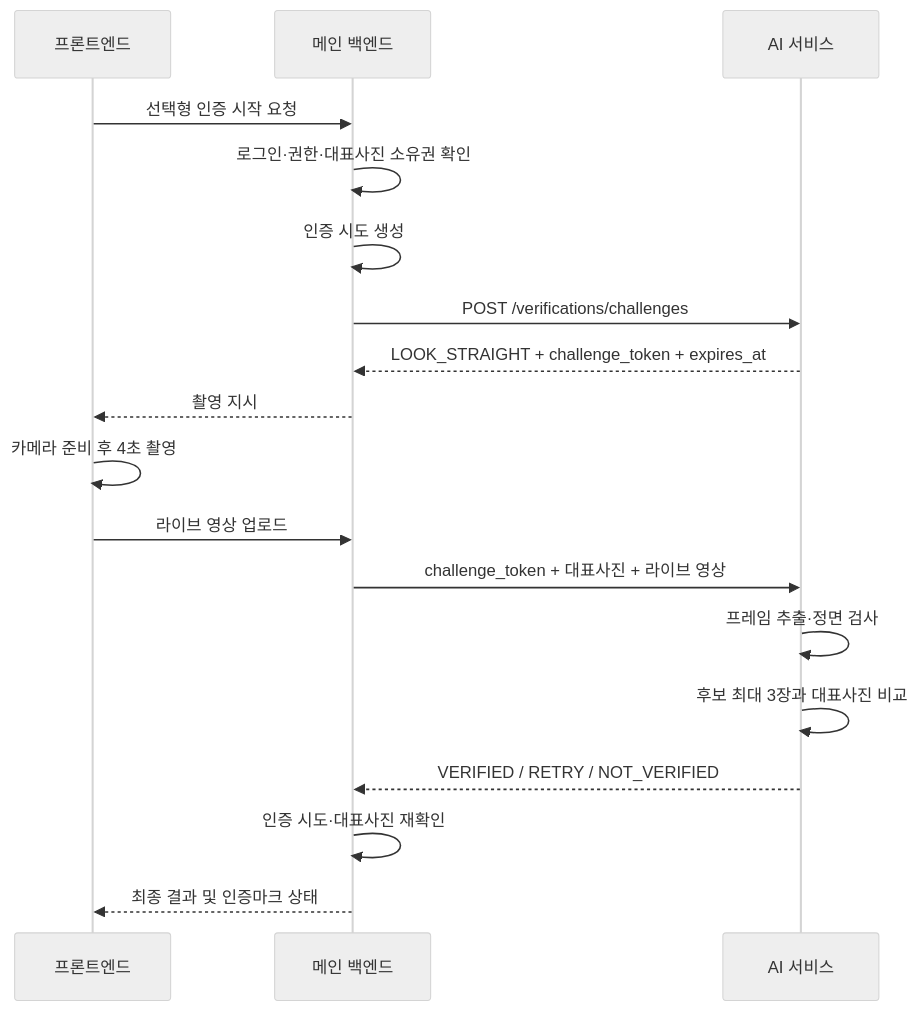
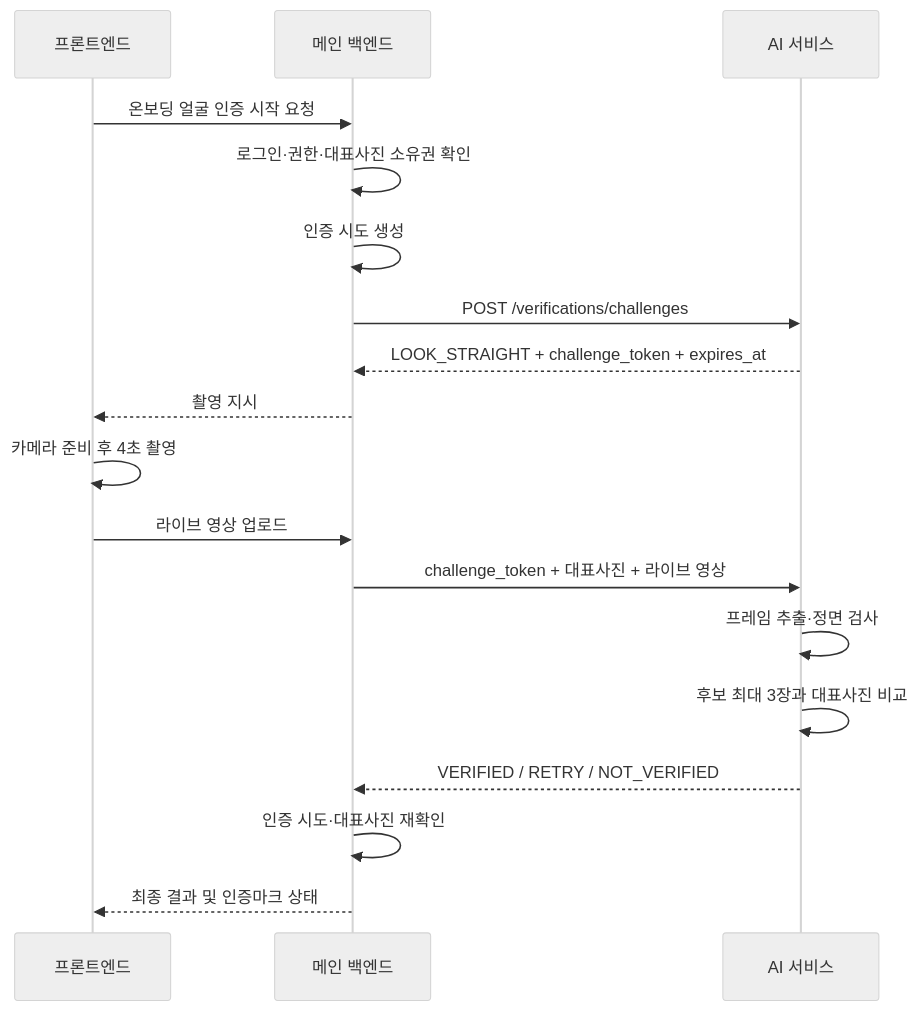
The fifth of 6 diagrams in docs/v2docs/codebase-architecture-report.md (100-hours-a-week/KTB4-17th-AI), drawn with Mermaid (neutral theme) before and after one commit. The commit also changed other lines of this file and 7 other files, not shown here.

````diff
--- a/docs/v2docs/codebase-architecture-report.md
+++ b/docs/v2docs/codebase-architecture-report.md
@@ -445,21 +445,21 @@
 ```mermaid
 sequenceDiagram
     participant FE as 프론트엔드
     participant BE as 메인 백엔드
     participant AI as AI 서비스
 
-    FE->>BE: 선택형 인증 시작 요청
+    FE->>BE: 온보딩 얼굴 인증 시작 요청
     BE->>BE: 로그인·권한·대표사진 소유권 확인
     BE->>BE: 인증 시도 생성
     BE->>AI: POST /verifications/challenges
     AI-->>BE: LOOK_STRAIGHT + challenge_token + expires_at
     BE-->>FE: 촬영 지시
     FE->>FE: 카메라 준비 후 4초 촬영
     FE->>BE: 라이브 영상 업로드
     BE->>AI: challenge_token + 대표사진 + 라이브 영상
     AI->>AI: 프레임 추출·정면 검사
     AI->>AI: 후보 최대 3장과 대표사진 비교
     AI-->>BE: VERIFIED / RETRY / NOT_VERIFIED
     BE->>BE: 인증 시도·대표사진 재확인
     BE-->>FE: 최종 결과 및 인증마크 상태
 ```
````
